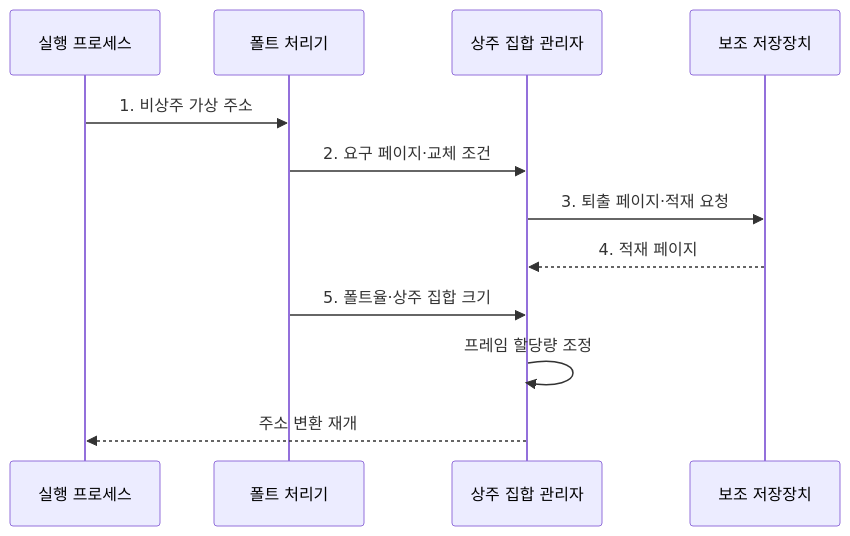
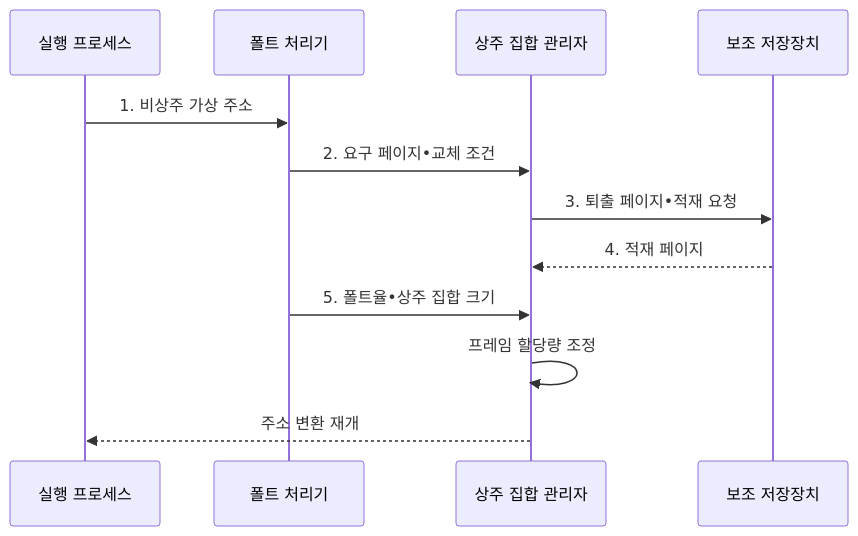
The third of 3 diagrams in src/content/docs/notes/03-software/014_virtual_memory_thrashing.md (agnusdei1207/knowledge-base), drawn with Mermaid before and after one commit. The commit also changed other lines of this file and 953 other files, not shown here.

````diff
--- a/src/content/docs/notes/03-software/014_virtual_memory_thrashing.md
+++ b/src/content/docs/notes/03-software/014_virtual_memory_thrashing.md
@@ -117,14 +117,14 @@
 ```mermaid
 sequenceDiagram
     participant P as 실행 프로세스
     participant F as 폴트 처리기
     participant R as 상주 집합 관리자
     participant D as 보조 저장장치
     P->>F: 1. 비상주 가상 주소
-    F->>R: 2. 요구 페이지·교체 조건
-    R->>D: 3. 퇴출 페이지·적재 요청
+    F->>R: 2. 요구 페이지•교체 조건
+    R->>D: 3. 퇴출 페이지•적재 요청
     D-->>R: 4. 적재 페이지
-    F->>R: 5. 폴트율·상주 집합 크기
+    F->>R: 5. 폴트율•상주 집합 크기
     R->>R: 프레임 할당량 조정
     R-->>P: 주소 변환 재개
 ```
````
